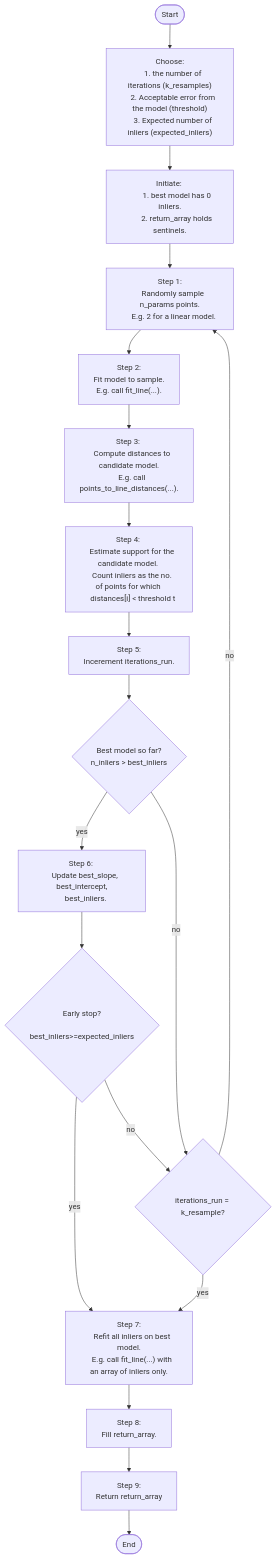
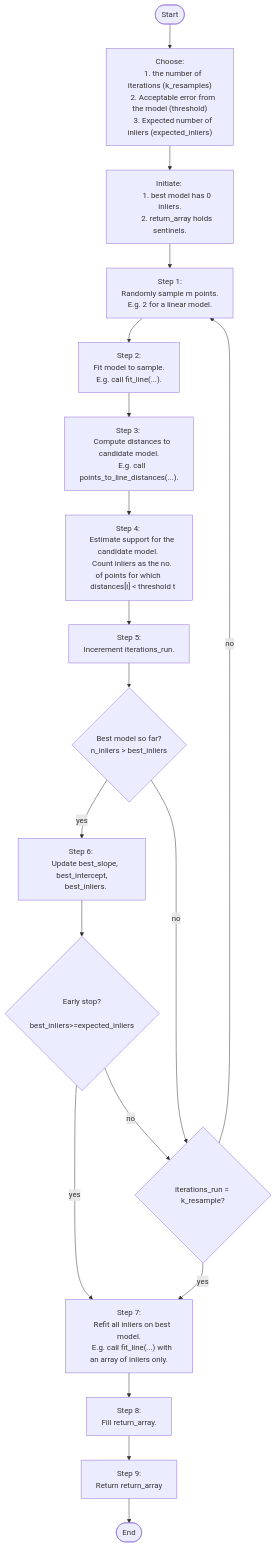
The first of 2 diagrams in README.md (arshsinghphd/RANSAC-analysis), drawn with Mermaid before and after one commit. The commit also changed other lines of this file, not shown here.

````diff
--- a/README.md
+++ b/README.md
@@ -109,75 +109,75 @@
 ```mermaid
 flowchart TD
     A([Start]) --> B1
 
     B1[" Choose:
     1. the number of iterations (k_resamples)
     2. Acceptable error from the model (threshold)
     3. Expected number of inliers (expected_inliers)"]
     B1 --> B2
 
     B2["Initiate: 
         1. best model has 0 inliers.
         2. return_array holds sentinels."]
     B2 --> B
 
     B["Step 1:
-    Randomly sample n_params points.
+    Randomly sample m points.
     E.g. 2 for a linear model."]
     
     B --> C
 
     C["Step 2: 
     Fit model to sample.
     E.g. call fit_line(...)."]
     C --> D
 
     D["Step 3: 
     Compute distances to candidate model.
     E.g. call points_to_line_distances(...)."]
     D --> E
 
     E["Step 4: 
     Estimate support for the candidate model. 
     Count inliers as the no. of points for which 
     distances[i] < threshold t"]
     E --> F1
 
     F1["Step 5: 
     Incerement iterations_run."]
     F1 --> F
 
     F{"Best model so far?
     n_inliers > best_inliers"}
     F -- yes --> G
     F -- no --> I
 
     G["Step 6: 
     Update best_slope, best_intercept,
     best_inliers."]
     G --> H
 
     H{"Early stop?
     best_inliers>=expected_inliers"}
     H -- yes --> L
     H -- no --> I
 
     I{"iterations_run = k_resample?"}
     I -- no --> B
     I -- yes --> L
     
     L["Step 7:
     Refit all inliers on best model.
     E.g. call fit_line(...) with an array of inliers only."]
     L --> L1
     
     L1["Step 8:
     Fill return_array."]
     L1 --> M
 
     M["Step 9: 
     Return return_array"]
     M --> P
 
     P([End])
 ```
````
